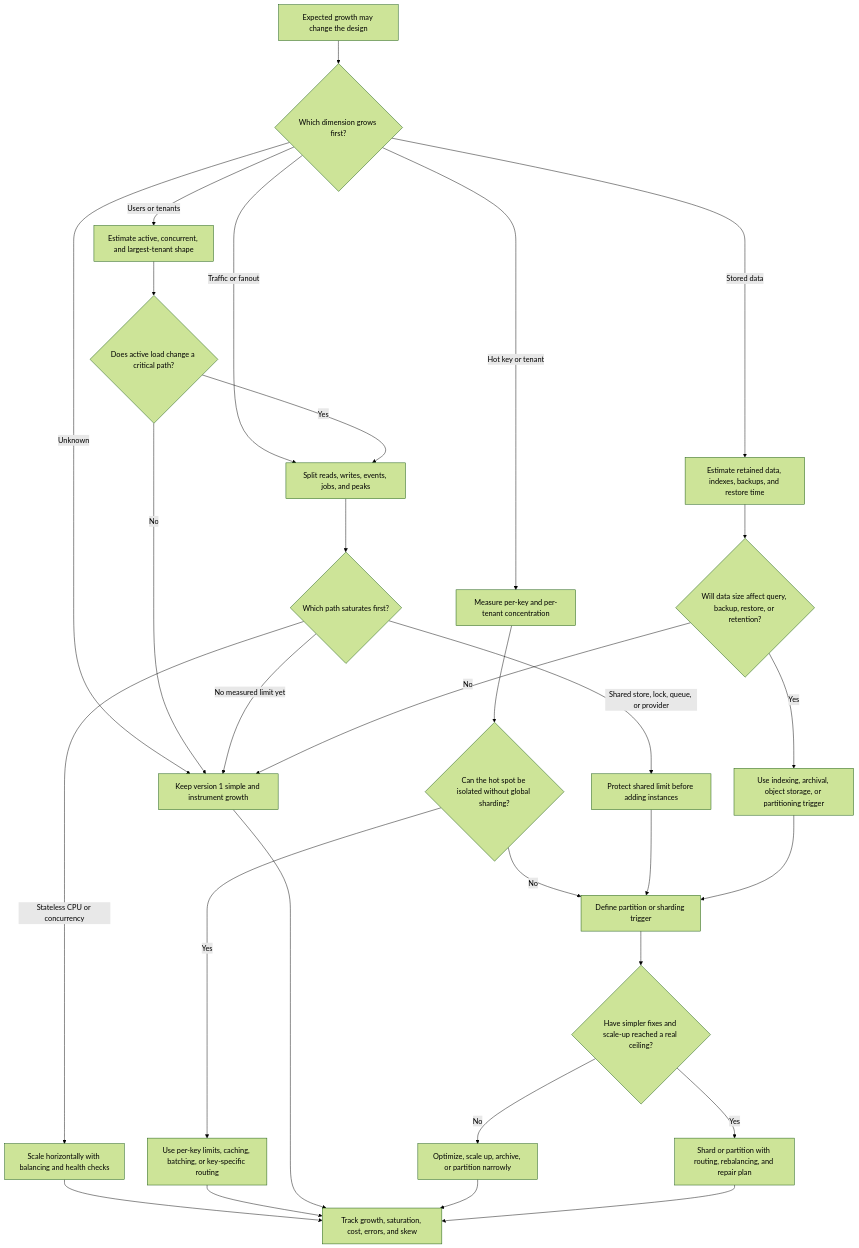
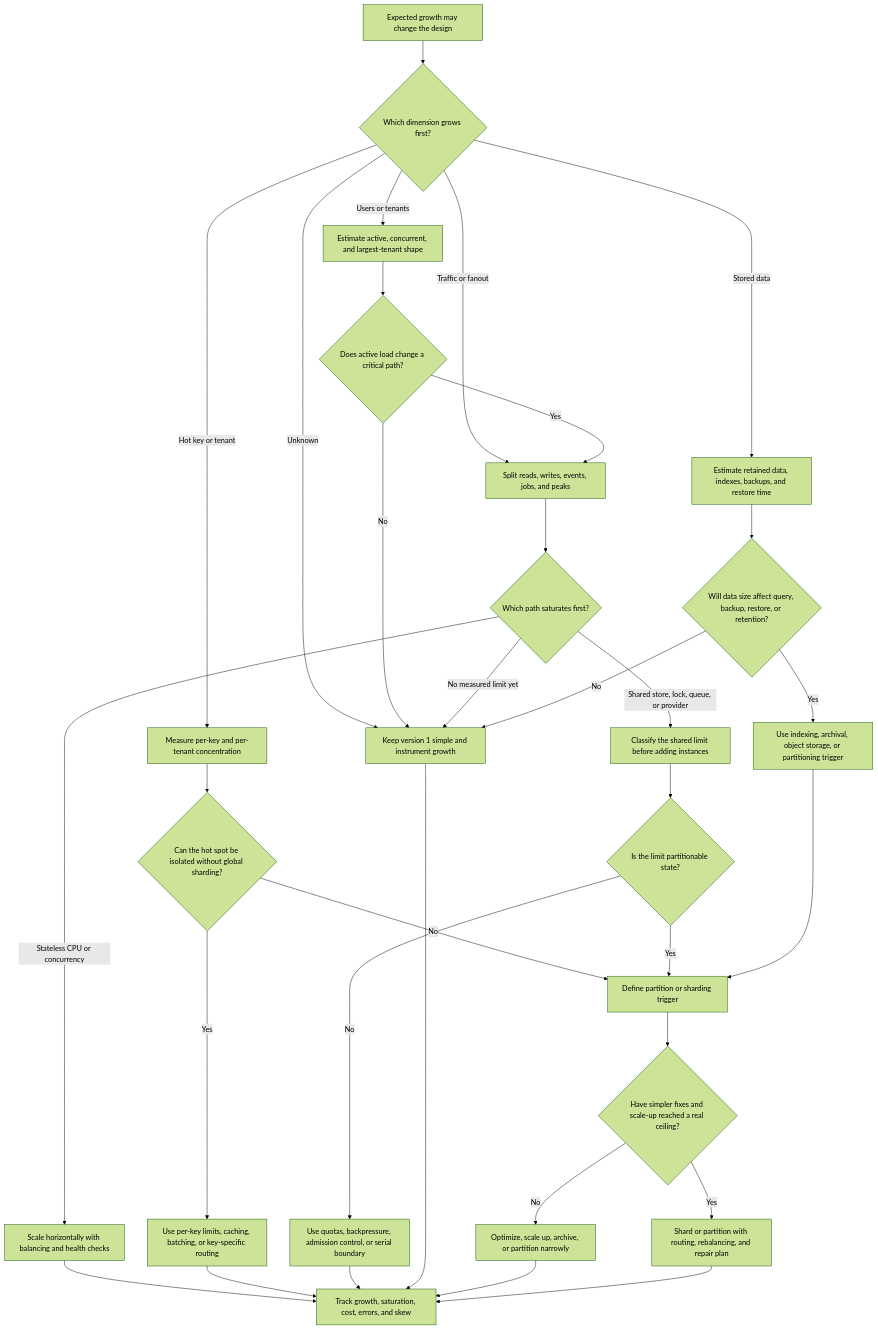
Before and after one commit to LeonSilva15/system-design: the diagram in docs/requirements/scalability.md, drawn with Mermaid (forest theme). The commit also changed other lines of this file, not shown here.

````diff
--- a/docs/requirements/scalability.md
+++ b/docs/requirements/scalability.md
@@ -75,38 +75,41 @@
 ```mermaid
 flowchart TD
     Start[Expected growth may change the design] --> Dimension{Which dimension grows first?}
     Dimension -->|Users or tenants| Users[Estimate active, concurrent, and largest-tenant shape]
     Dimension -->|Traffic or fanout| Traffic[Split reads, writes, events, jobs, and peaks]
     Dimension -->|Stored data| Data[Estimate retained data, indexes, backups, and restore time]
     Dimension -->|Hot key or tenant| Hot[Measure per-key and per-tenant concentration]
     Dimension -->|Unknown| Measure[Keep version 1 simple and instrument growth]
 
     Users --> UserImpact{Does active load change a critical path?}
     UserImpact -->|No| Measure
     UserImpact -->|Yes| Traffic
 
     Traffic --> Bottleneck{Which path saturates first?}
     Bottleneck -->|Stateless CPU or concurrency| Stateless[Scale horizontally with balancing and health checks]
-    Bottleneck -->|Shared store, lock, queue, or provider| Shared[Protect shared limit before adding instances]
+    Bottleneck -->|Shared store, lock, queue, or provider| Shared[Classify the shared limit before adding instances]
     Bottleneck -->|No measured limit yet| Measure
 
     Data --> DataLimit{Will data size affect query, backup, restore, or retention?}
     DataLimit -->|Yes| DataMove[Use indexing, archival, object storage, or partitioning trigger]
     DataLimit -->|No| Measure
 
     Hot --> HotFix{Can the hot spot be isolated without global sharding?}
     HotFix -->|Yes| Isolate[Use per-key limits, caching, batching, or key-specific routing]
     HotFix -->|No| ShardCheck[Define partition or sharding trigger]
 
-    Shared --> ShardCheck
+    Shared --> SharedKind{Is the limit partitionable state?}
+    SharedKind -->|Yes| ShardCheck
+    SharedKind -->|No| ProtectShared[Use quotas, backpressure, admission control, or serial boundary]
     DataMove --> ShardCheck
     Stateless --> Observe[Track growth, saturation, cost, errors, and skew]
     Isolate --> Observe
+    ProtectShared --> Observe
     Measure --> Observe
 
     ShardCheck --> Shard{Have simpler fixes and scale-up reached a real ceiling?}
     Shard -->|No| Simpler[Optimize, scale up, archive, or partition narrowly]
     Shard -->|Yes| ShardPlan[Shard or partition with routing, rebalancing, and repair plan]
     Simpler --> Observe
     ShardPlan --> Observe
 ```
````
